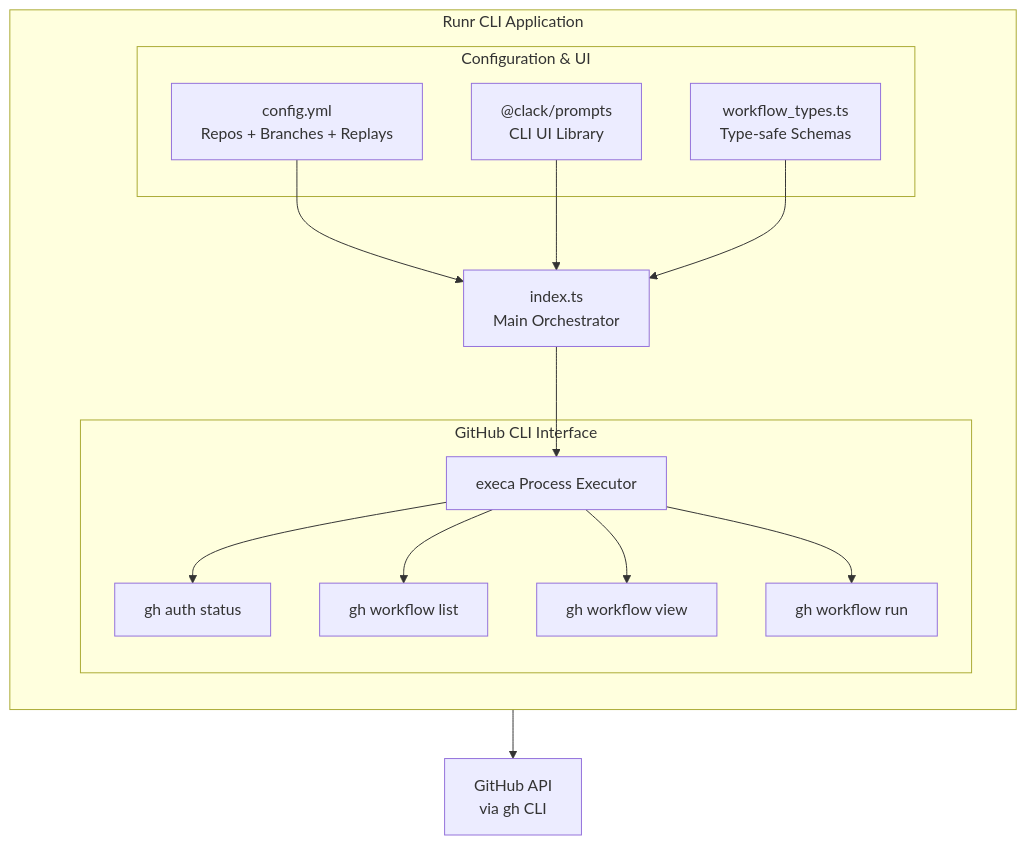
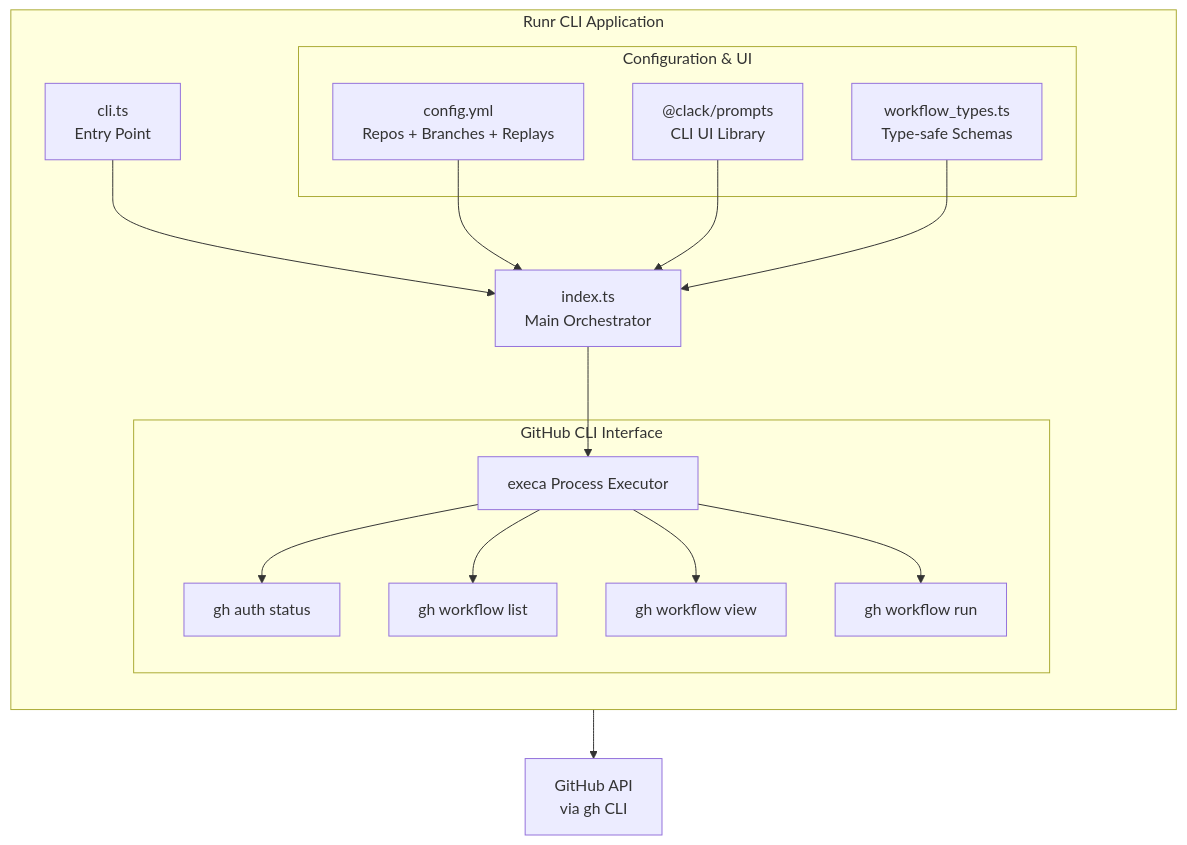
One commit to pr0methevs/runr changed the diagram in README.md. Above: the diagram before and after it, drawn with Mermaid. The commit also changed other lines of this file, not shown here.

First line of the commit message:
docs(readme): update architecture diagram and cicd pipelines

````diff
--- a/README.md
+++ b/README.md
@@ -69,34 +69,37 @@
 ```mermaid
 flowchart TB
     subgraph CLI["Runr CLI Application"]
         direction TB
         
+        CLI_ENTRY[cli.ts<br/>Entry Point]
+
         subgraph Inputs["Configuration & UI"]
             CONFIG[config.yml<br/>Repos + Branches + Replays]
             PROMPTS["@clack/prompts<br/>CLI UI Library"]
             TYPES[workflow_types.ts<br/>Type-safe Schemas]
         end
         
         MAIN[index.ts<br/>Main Orchestrator]
         
         subgraph GH["GitHub CLI Interface"]
             EXECA[execa Process Executor]
             AUTH[gh auth status]
             LIST[gh workflow list]
             VIEW[gh workflow view]
             RUN[gh workflow run]
         end
         
+        CLI_ENTRY --> MAIN
         CONFIG --> MAIN
         PROMPTS --> MAIN
         TYPES --> MAIN
         
         MAIN --> EXECA
         EXECA --> AUTH
         EXECA --> LIST
         EXECA --> VIEW
         EXECA --> RUN
     end
     
     GH --> API[GitHub API<br/>via gh CLI]
 ```
````
